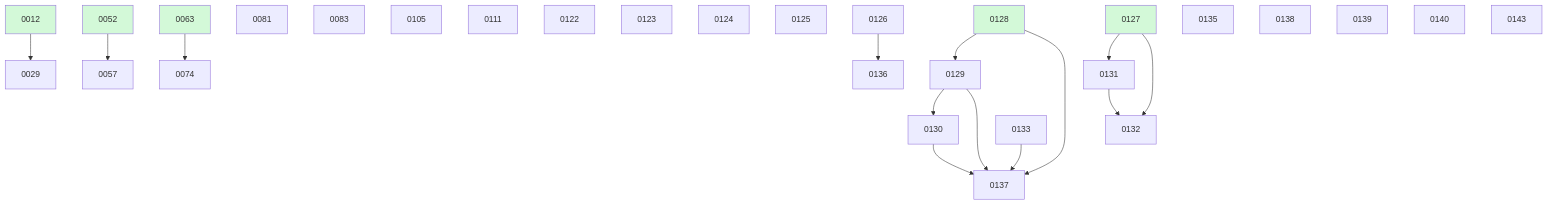
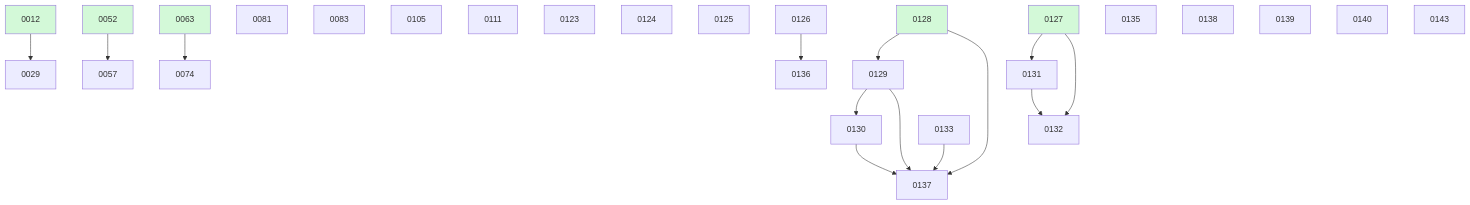
One commit to ethanhinson/fuse changed the diagram in docs/changes/BOARD.md. Above: the diagram before and after it, drawn with Mermaid. The commit also changed other lines of this file and 1 other file, not shown here.

````diff
--- a/docs/changes/BOARD.md
+++ b/docs/changes/BOARD.md
@@ -49,37 +48,36 @@
 ```mermaid
 graph TD
   0012 --> 0029
   0052 --> 0057
   0063 --> 0074
   0081
   0083
   0105
   0111
-  0122
   0123
   0124
   0125
   0126
   0128 --> 0129
   0129 --> 0130
   0127 --> 0131
   0127 --> 0132
   0131 --> 0132
   0133
   0135
   0126 --> 0136
   0128 --> 0137
   0129 --> 0137
   0130 --> 0137
   0133 --> 0137
   0138
   0139
   0140
   0143
   0012:::done
   0052:::done
   0063:::done
   0127:::done
   0128:::done
   classDef done fill:#d3f9d8;
 ```
````
